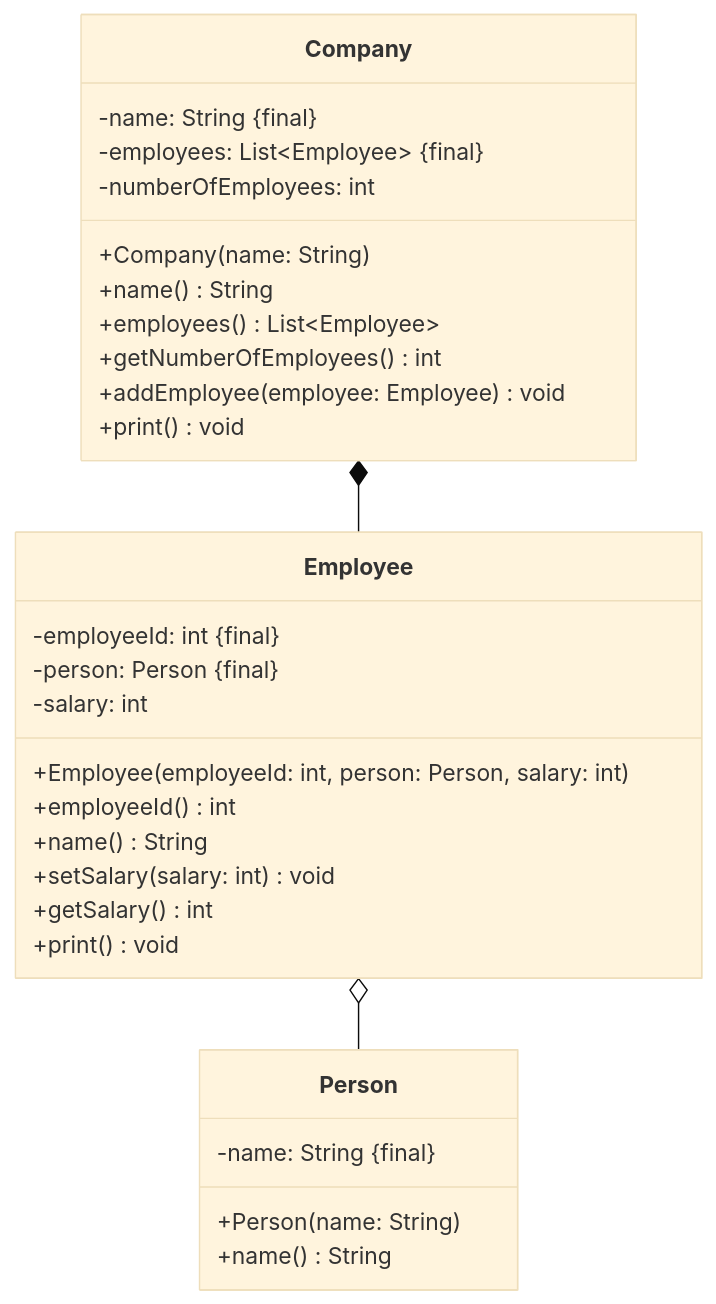
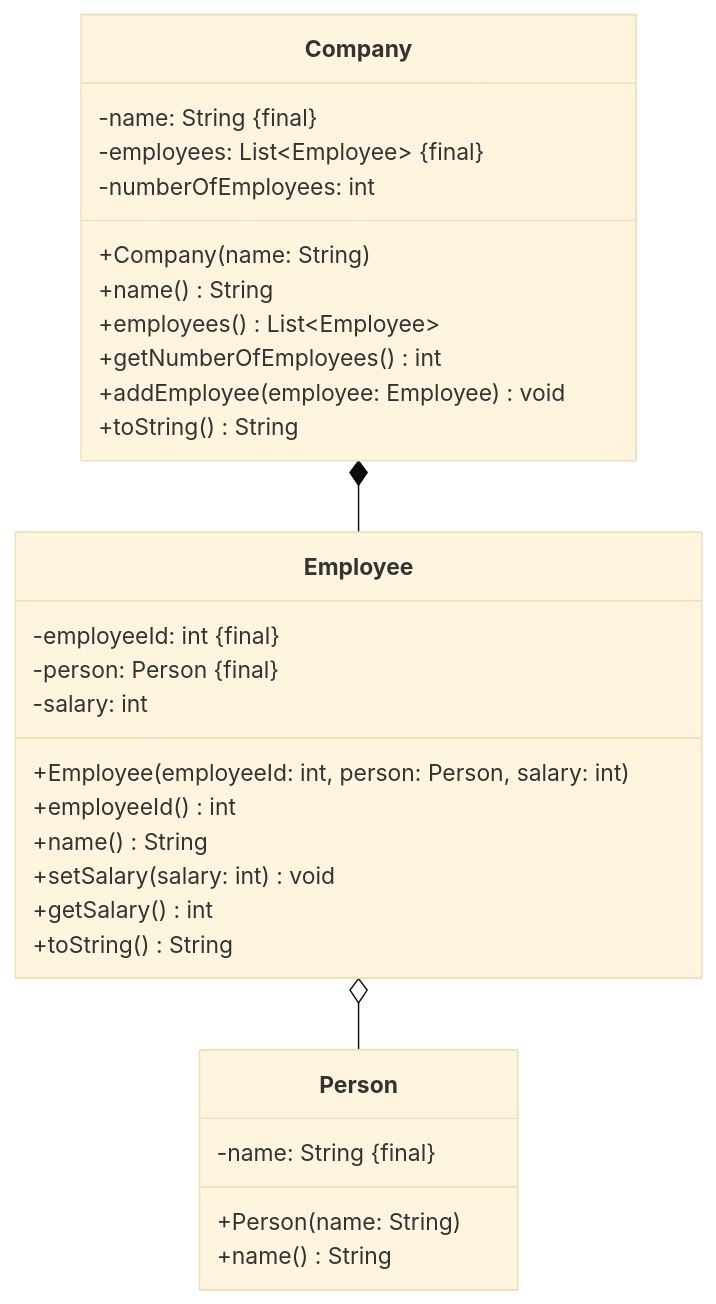
One commit to jappuccini/java-docs changed the diagram in docs/exercises/inner-classes/inner-classes02.mdx. Above: the diagram before and after it, drawn with Mermaid (base theme). The commit also changed other lines of this file and 14 other files, not shown here.

````diff
--- a/docs/exercises/inner-classes/inner-classes02.mdx
+++ b/docs/exercises/inner-classes/inner-classes02.mdx
@@ -18,35 +17,35 @@
 ```mermaid
 classDiagram
     Company *-- Employee
     Employee o-- Person
 
     class Company {
         -name: String &#123final&#125
         -employees: List~Employee~ &#123final&#125
         -numberOfEmployees: int
         +Company(name: String)
         +name() String
         +employees() List~Employee~
         +getNumberOfEmployees() int
         +addEmployee(employee: Employee) void
-        +print() void
+        +toString() String
     }
 
     class Person {
         -name: String &#123final&#125
         +Person(name: String)
         +name() String
     }
 
     class Employee {
         -employeeId: int &#123final&#125
         -person: Person &#123final&#125
         -salary: int
         +Employee(employeeId: int, person: Person, salary: int)
         +employeeId() int
         +name() String
         +setSalary(salary: int) void
         +getSalary() int
-        +print() void
+        +toString() String
     }
 ```
````
